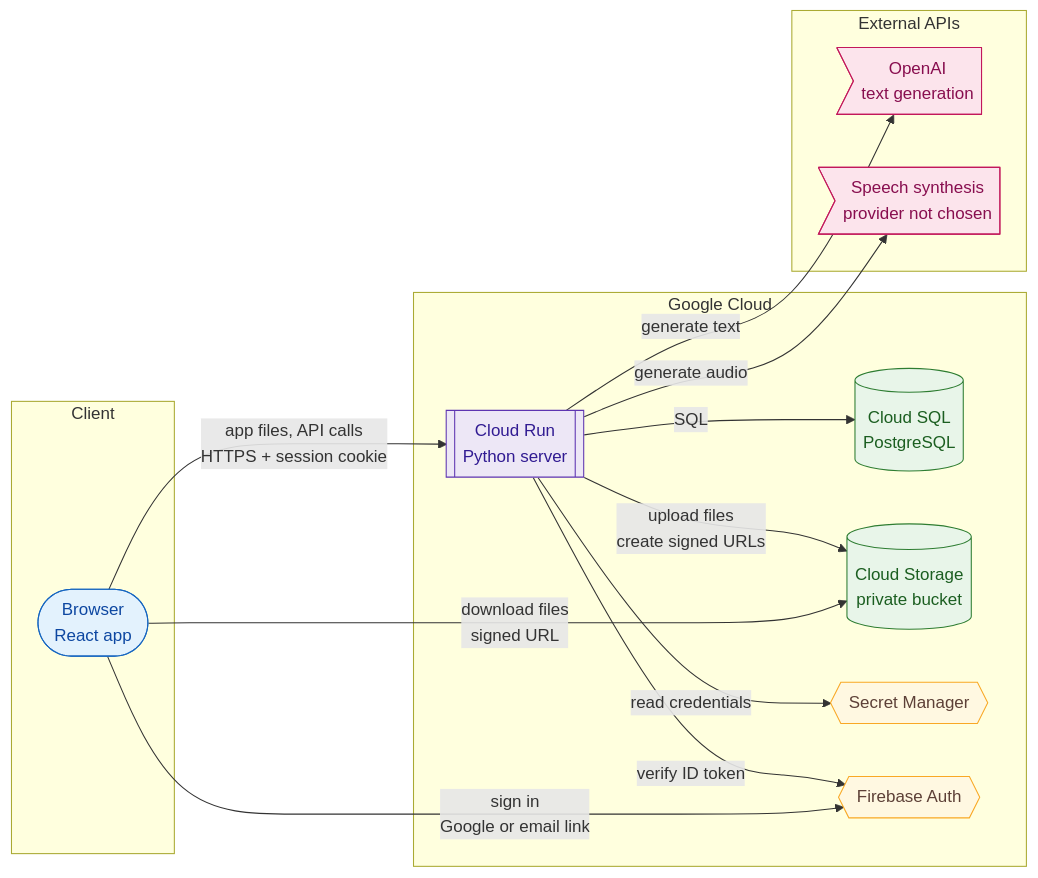
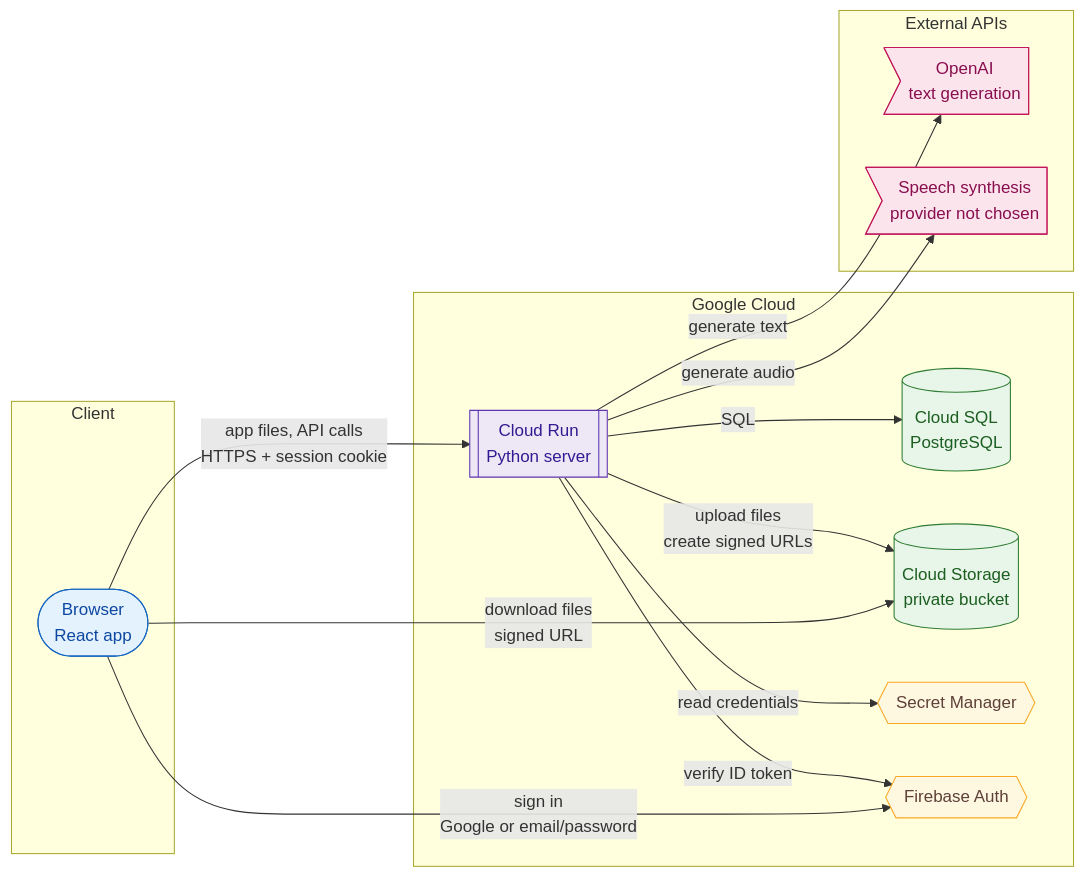
The diagram in docs/architecture.md (kalemu709/TutorKid), drawn with Mermaid before and after one commit. The commit also changed other lines of this file and 34 other files, not shown here.

````diff
--- a/docs/architecture.md
+++ b/docs/architecture.md
@@ -14,41 +14,41 @@
 ```mermaid
 flowchart LR
   subgraph client["Client"]
     browser(["Browser<br/>React app"])
   end
 
   subgraph gcp["Google Cloud"]
     server[["Cloud Run<br/>Python server"]]
     db[("Cloud SQL<br/>PostgreSQL")]
     bucket[("Cloud Storage<br/>private bucket")]
     secrets{{"Secret Manager"}}
     firebase{{"Firebase Auth"}}
   end
 
   subgraph external["External APIs"]
     openai>"OpenAI<br/>text generation"]
     speech>"Speech synthesis<br/>provider not chosen"]
   end
 
   browser -->|"app files, API calls<br/>HTTPS + session cookie"| server
-  browser -->|"sign in<br/>Google or email link"| firebase
+  browser -->|"sign in<br/>Google or email/password"| firebase
   browser -->|"download files<br/>signed URL"| bucket
 
   server -->|"verify ID token"| firebase
   server -->|"SQL"| db
   server -->|"upload files<br/>create signed URLs"| bucket
   server -->|"read credentials"| secrets
   server -->|"generate text"| openai
   server -->|"generate audio"| speech
 
   classDef client fill:#e3f2fd,stroke:#1565c0,color:#0d47a1
   classDef compute fill:#ede7f6,stroke:#5e35b1,color:#311b92
   classDef store fill:#e8f5e9,stroke:#2e7d32,color:#1b5e20
   classDef managed fill:#fff8e1,stroke:#f9a825,color:#5d4037
   classDef external fill:#fce4ec,stroke:#c2185b,color:#880e4f
   class browser client
   class server compute
   class db,bucket store
   class secrets,firebase managed
   class openai,speech external
 ```
````
